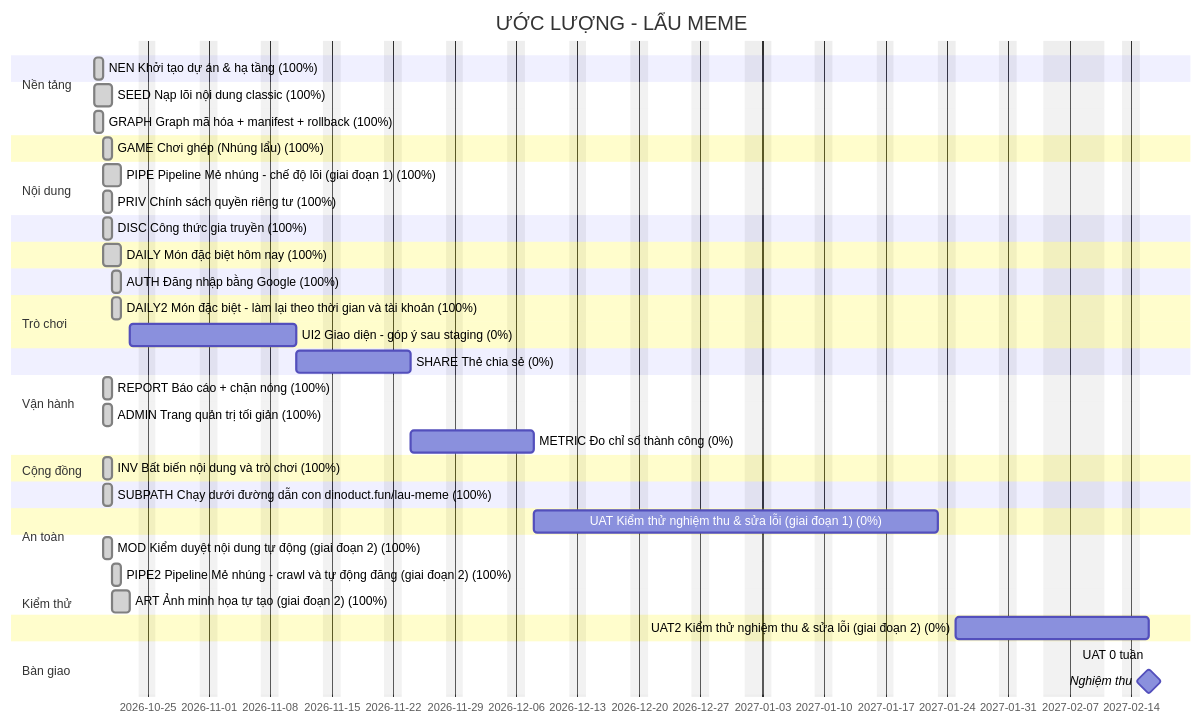
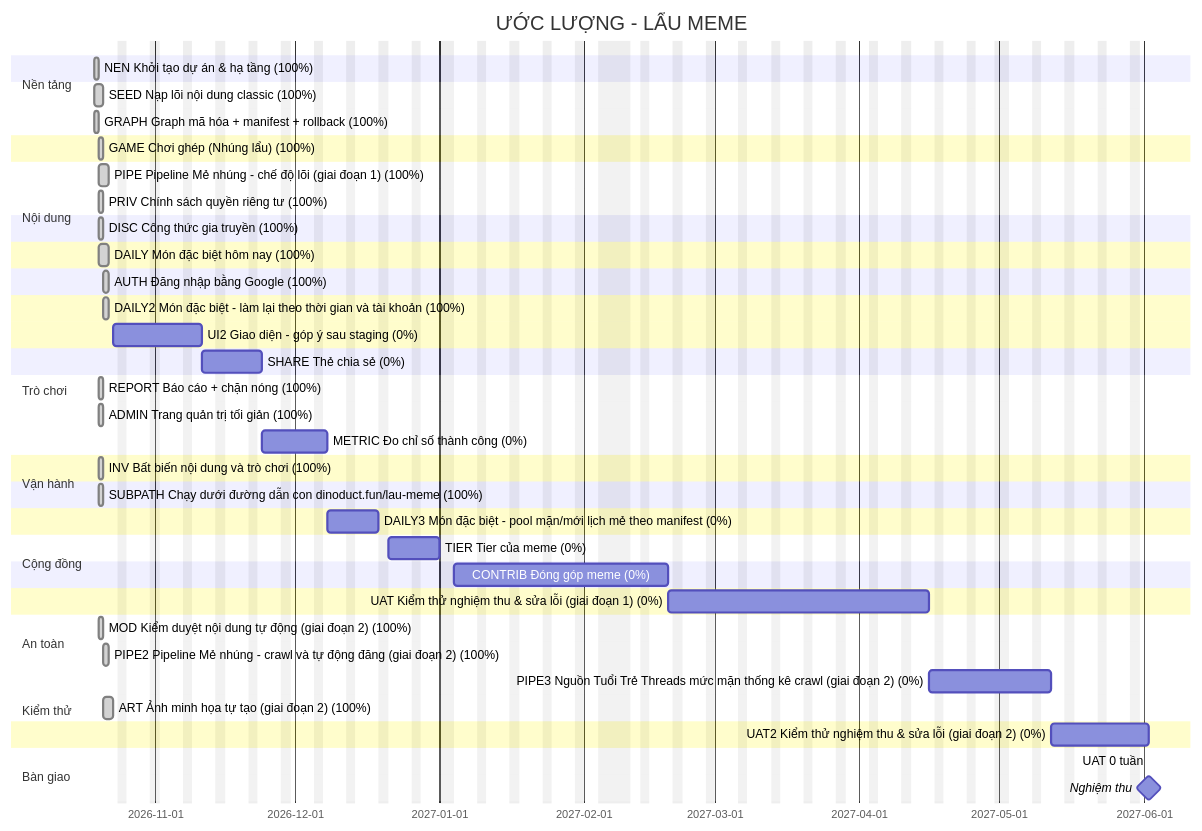
One commit to thucnq/lau-meme changed the diagram in docs/plan/gantt.md. Above: the diagram before and after it, drawn with Mermaid. The commit also changed other lines of this file and 6 other files, not shown here.

First line of the commit message:
chore(estimate): thêm DAILY3 (4), TIER (4), CONTRIB (13), PIPE3 (7.5); ART 9 -> 10, UAT 15 -> 18, UAT2 5 -> 6.5; chạy lại kế hoạch

````diff
--- a/docs/plan/gantt.md
+++ b/docs/plan/gantt.md
@@ -5,49 +5,56 @@
 ```mermaid
 gantt
     title ƯỚC LƯỢNG - LẨU MEME
     dateFormat YYYY-MM-DD
-    excludes weekends, 2027-01-01, 2027-02-04, 2027-02-05, 2027-02-06, 2027-02-07, 2027-02-08, 2027-02-09, 2027-02-10
+    excludes weekends, 2027-01-01, 2027-02-04, 2027-02-05, 2027-02-06, 2027-02-07, 2027-02-08, 2027-02-09, 2027-02-10, 2027-04-30, 2027-05-01
     todayMarker stroke-width:2px,stroke:#d33
     section Nền tảng
     NEN Khởi tạo dự án & hạ tầng (100%) :done, NEN, 2026-10-19, 1d
     section Nội dung
     SEED Nạp lõi nội dung classic (100%) :done, SEED, 2026-10-19, 2d
     GRAPH Graph mã hóa + manifest + rollback (100%) :done, GRAPH, 2026-10-19, 1d
     section Trò chơi
     GAME Chơi ghép (Nhúng lẩu) (100%) :done, GAME, 2026-10-20, 1d
     section Nội dung
     PIPE Pipeline Mẻ nhúng - chế độ lõi (giai đoạn 1) (100%) :done, PIPE, 2026-10-20, 2d
     section Vận hành
     PRIV Chính sách quyền riêng tư (100%) :done, PRIV, 2026-10-20, 1d
     section Cộng đồng
     DISC Công thức gia truyền (100%) :done, DISC, 2026-10-20, 1d
     section Trò chơi
     DAILY Món đặc biệt hôm nay (100%) :done, DAILY, 2026-10-20, 2d
     section Cộng đồng
     AUTH Đăng nhập bằng Google (100%) :done, AUTH, 2026-10-21, 1d
     section Trò chơi
     DAILY2 Món đặc biệt - làm lại theo thời gian và tài khoản (100%) :done, DAILY2, 2026-10-21, 1d
     UI2 Giao diện - góp ý sau staging (0%) :UI2, 2026-10-23, 13d
     section Cộng đồng
     SHARE Thẻ chia sẻ (0%) :SHARE, 2026-11-11, 9d
     section An toàn
     REPORT Báo cáo + chặn nóng (100%) :done, REPORT, 2026-10-20, 1d
     ADMIN Trang quản trị tối giản (100%) :done, ADMIN, 2026-10-20, 1d
     section Vận hành
     METRIC Đo chỉ số thành công (0%) :METRIC, 2026-11-24, 10d
     section Kiểm thử
     INV Bất biến nội dung và trò chơi (100%) :done, INV, 2026-10-20, 1d
     section Nền tảng
     SUBPATH Chạy dưới đường dẫn con dinoduct.fun/lau-meme (100%) :done, SUBPATH, 2026-10-20, 1d
+    section Trò chơi
+    DAILY3 Món đặc biệt - pool mặn/mới  lịch mẻ theo manifest (0%) :DAILY3, 2026-12-08, 9d
+    section Nội dung
+    TIER Tier của meme (0%) :TIER, 2026-12-21, 9d
+    section Cộng đồng
+    CONTRIB Đóng góp meme (0%) :CONTRIB, 2027-01-04, 29d
     section Kiểm thử
-    UAT Kiểm thử nghiệm thu & sửa lỗi (giai đoạn 1) (0%) :UAT, 2026-12-08, 33d
+    UAT Kiểm thử nghiệm thu & sửa lỗi (giai đoạn 1) (0%) :UAT, 2027-02-19, 40d
     section Nội dung
     MOD Kiểm duyệt nội dung tự động (giai đoạn 2) (100%) :done, MOD, 2026-10-20, 1d
     PIPE2 Pipeline Mẻ nhúng - crawl và tự động đăng (giai đoạn 2) (100%) :done, PIPE2, 2026-10-21, 1d
+    PIPE3 Nguồn Tuổi Trẻ  Threads  mức mặn  thống kê crawl (giai đoạn 2) (0%) :PIPE3, 2027-04-16, 17d
     ART Ảnh minh họa tự tạo (giai đoạn 2) (100%) :done, ART, 2026-10-21, 2d
     section Kiểm thử
-    UAT2 Kiểm thử nghiệm thu & sửa lỗi (giai đoạn 2) (0%) :UAT2, 2027-01-25, 11d
+    UAT2 Kiểm thử nghiệm thu & sửa lỗi (giai đoạn 2) (0%) :UAT2, 2027-05-12, 15d
     section Bàn giao
-    UAT 0 tuần :uat, 2027-02-16, 0d
-    Nghiệm thu :milestone, 2027-02-16, 0d
+    UAT 0 tuần :uat, 2027-06-02, 0d
+    Nghiệm thu :milestone, 2027-06-02, 0d
 ```
````
